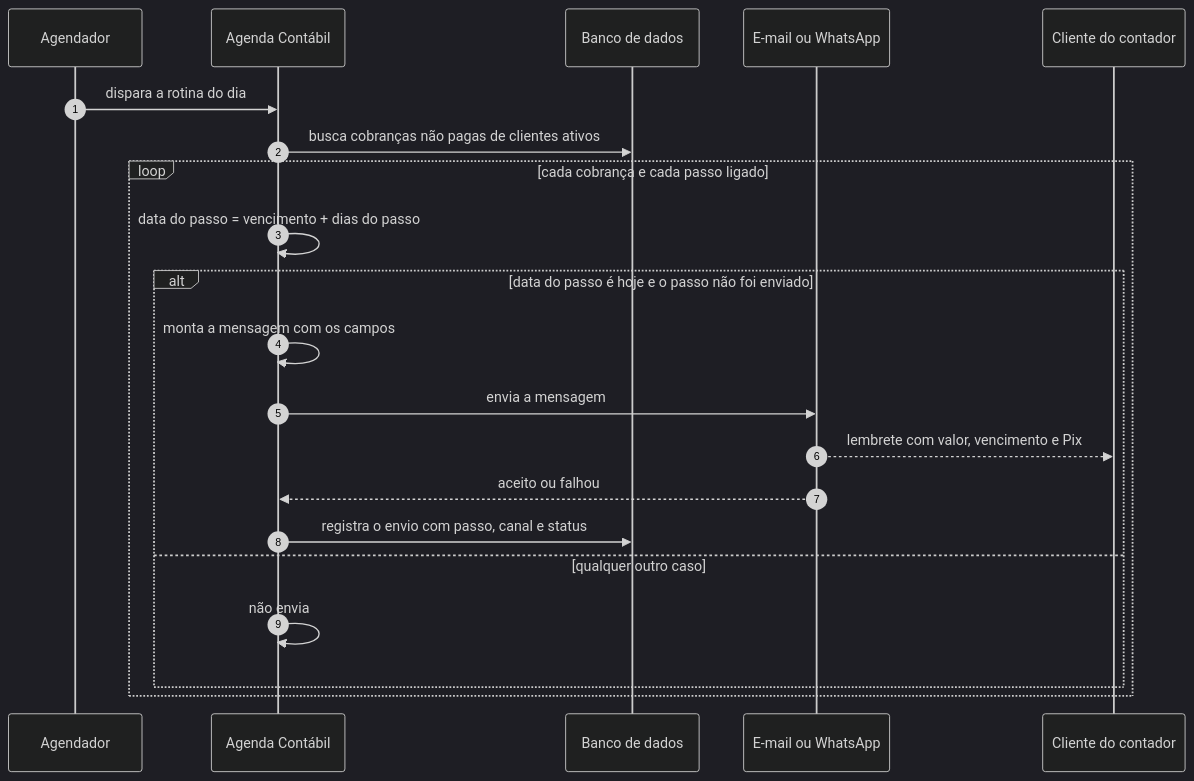
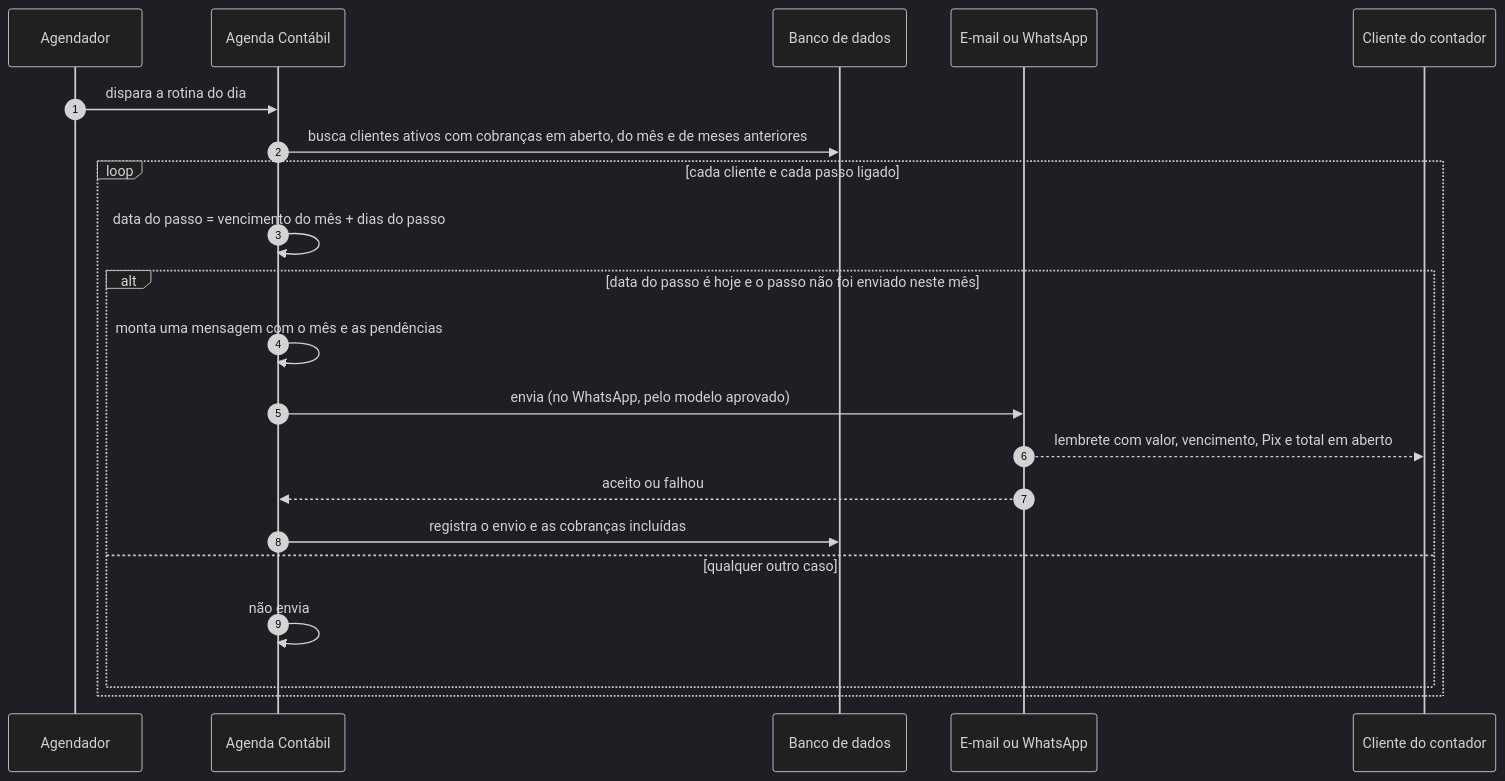
One commit to 77mdias/neximob changed diagram 13 of 19 in docs/Mapa de fluxo.md. Above: the diagram before and after it, drawn with Mermaid (dark theme). The commit also changed other lines of this file and 6 other files, not shown here.

First line of the commit message:
docs: registra decisões de stack, pendências, WhatsApp e CPF/CNPJ

````diff
--- a/docs/Mapa de fluxo.md
+++ b/docs/Mapa de fluxo.md
@@ -283,24 +309,24 @@
 ```mermaid
 sequenceDiagram
     autonumber
     participant AG as Agendador
     participant APP as Agenda Contábil
     participant DB as Banco de dados
     participant CAN as E-mail ou WhatsApp
     participant CLI as Cliente do contador
 
     AG->>APP: dispara a rotina do dia
-    APP->>DB: busca cobranças não pagas de clientes ativos
-    loop cada cobrança e cada passo ligado
-        APP->>APP: data do passo = vencimento + dias do passo
-        alt data do passo é hoje e o passo não foi enviado
-            APP->>APP: monta a mensagem com os campos
-            APP->>CAN: envia a mensagem
-            CAN-->>CLI: lembrete com valor, vencimento e Pix
+    APP->>DB: busca clientes ativos com cobranças em aberto, do mês e de meses anteriores
+    loop cada cliente e cada passo ligado
+        APP->>APP: data do passo = vencimento do mês + dias do passo
+        alt data do passo é hoje e o passo não foi enviado neste mês
+            APP->>APP: monta uma mensagem com o mês e as pendências
+            APP->>CAN: envia (no WhatsApp, pelo modelo aprovado)
+            CAN-->>CLI: lembrete com valor, vencimento, Pix e total em aberto
             CAN-->>APP: aceito ou falhou
-            APP->>DB: registra o envio com passo, canal e status
+            APP->>DB: registra o envio e as cobranças incluídas
         else qualquer outro caso
             APP->>APP: não envia
         end
     end
 ```
````
